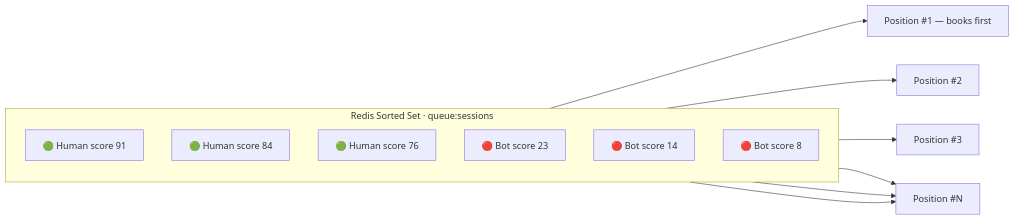
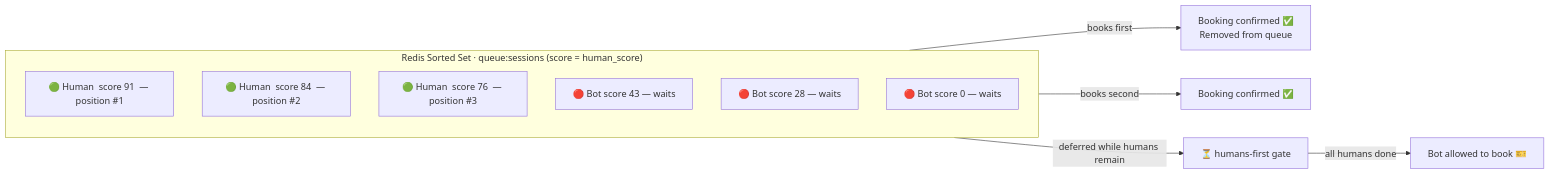
Before and after one commit to thulasiramk-2310/FAIRTATKAL: the third of 4 diagrams in README.md, drawn with Mermaid. The commit also changed other lines of this file, not shown here.

Commit message:
docs: rewrite README to match current system — bots-in-queue model, accurate flow diagrams, updated API

````diff
--- a/README.md
+++ b/README.md
@@ -109,19 +120,17 @@
 ```mermaid
 graph LR
-    subgraph Redis Sorted Set ["Redis Sorted Set  ·  queue:sessions"]
+    subgraph Redis Sorted Set ["Redis Sorted Set  ·  queue:sessions  (score = human_score)"]
         direction TB
-        H1["🟢 Human  score 91"]
-        H2["🟢 Human  score 84"]
-        H3["🟢 Human  score 76"]
-        B1["🔴 Bot     score 23"]
-        B2["🔴 Bot     score 14"]
-        B3["🔴 Bot     score  8"]
+        H1["🟢 Human  score 91  — position #1"]
+        H2["🟢 Human  score 84  — position #2"]
+        H3["🟢 Human  score 76  — position #3"]
+        B1["🔴 Bot     score 43  — waits"]
+        B2["🔴 Bot     score 28  — waits"]
+        B3["🔴 Bot     score  0  — waits"]
     end
 
-    H1 --> POS1["Position #1 — books first"]
-    H2 --> POS2["Position #2"]
-    H3 --> POS3["Position #3"]
-    B1 --> POSN["Position #N"]
-    B2 --> POSN
-    B3 --> POSN
+    H1 -->|books first| DONE1[Booking confirmed ✅\nRemoved from queue]
+    H2 -->|books second| DONE2[Booking confirmed ✅]
+    B1 -->|deferred while humans remain| WAIT[⏳ humans-first gate]
+    WAIT -->|all humans done| DONE3[Bot allowed to book 🎫]
 ```
````
